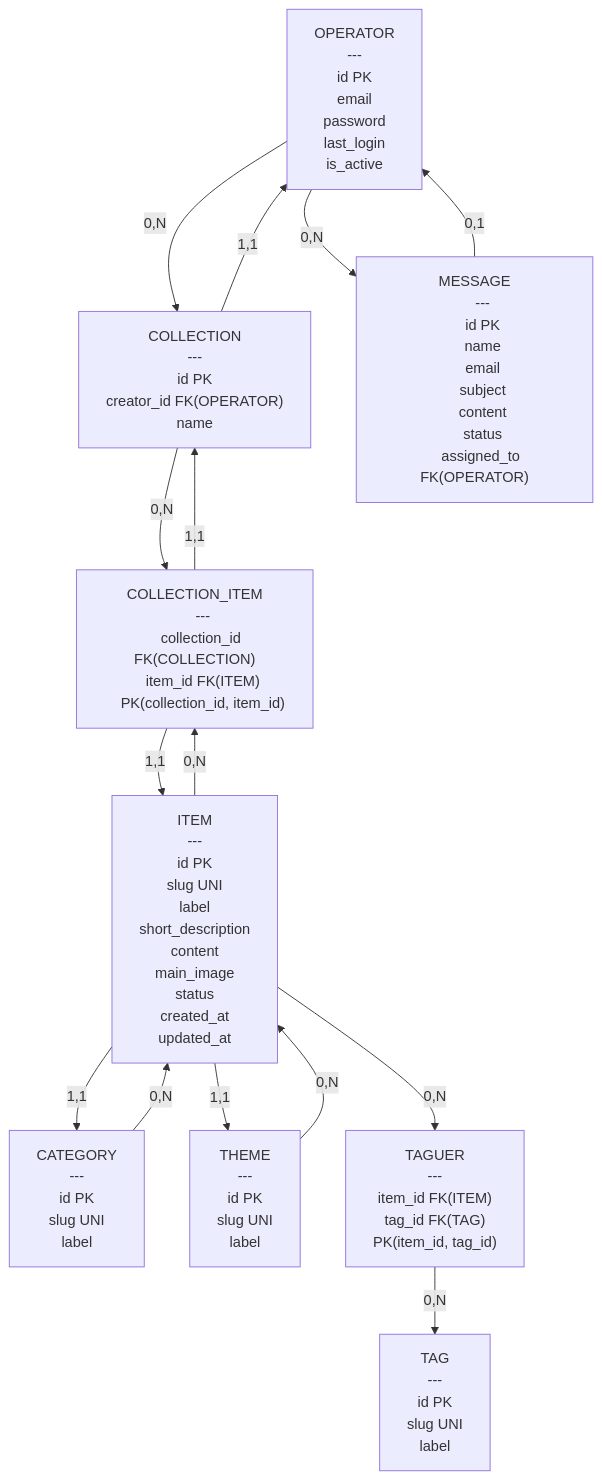
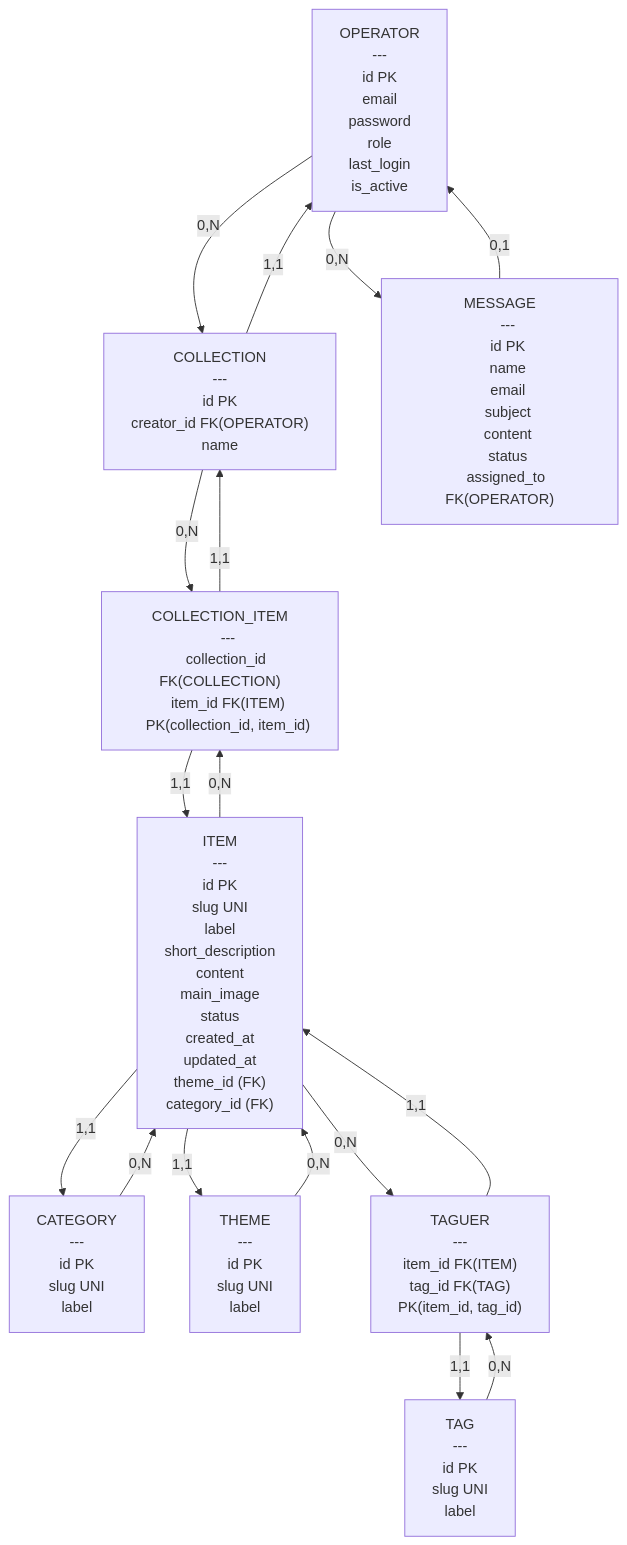
Before and after one commit to EFP-DEV/1-X75-LDB: the second of 2 diagrams in session_08.md, drawn with Mermaid.

````diff
--- a/session_08.md
+++ b/session_08.md
@@ -292,6 +292,7 @@
     id PK
     email
     password
+    role
     last_login
     is_active"]
 
@@ -327,7 +328,9 @@
     main_image
     status
     created_at
-    updated_at"]
+    updated_at
+    theme_id (FK)
+    category_id (FK)"]
 
     CATEGORY["CATEGORY
     ---
@@ -361,7 +364,9 @@
     MESSAGE  -->|"0,1"| OPERATOR
 
     ITEM -->|"0,N"| TAGUER
-    TAGUER -->|"0,N"| TAG
+    TAGUER -->|"1,1"| TAG
+    TAGUER -->|"1,1"| ITEM
+    TAG -->|"0,N"| TAGUER
 
     COLLECTION -->|"0,N"| COLLECTION_ITEM
     COLLECTION_ITEM -->|"1,1"| COLLECTION
@@ -374,4 +379,5 @@
 
     ITEM -->|"1,1"| THEME
     THEME -->|"0,N"| ITEM
+
 ```
````
